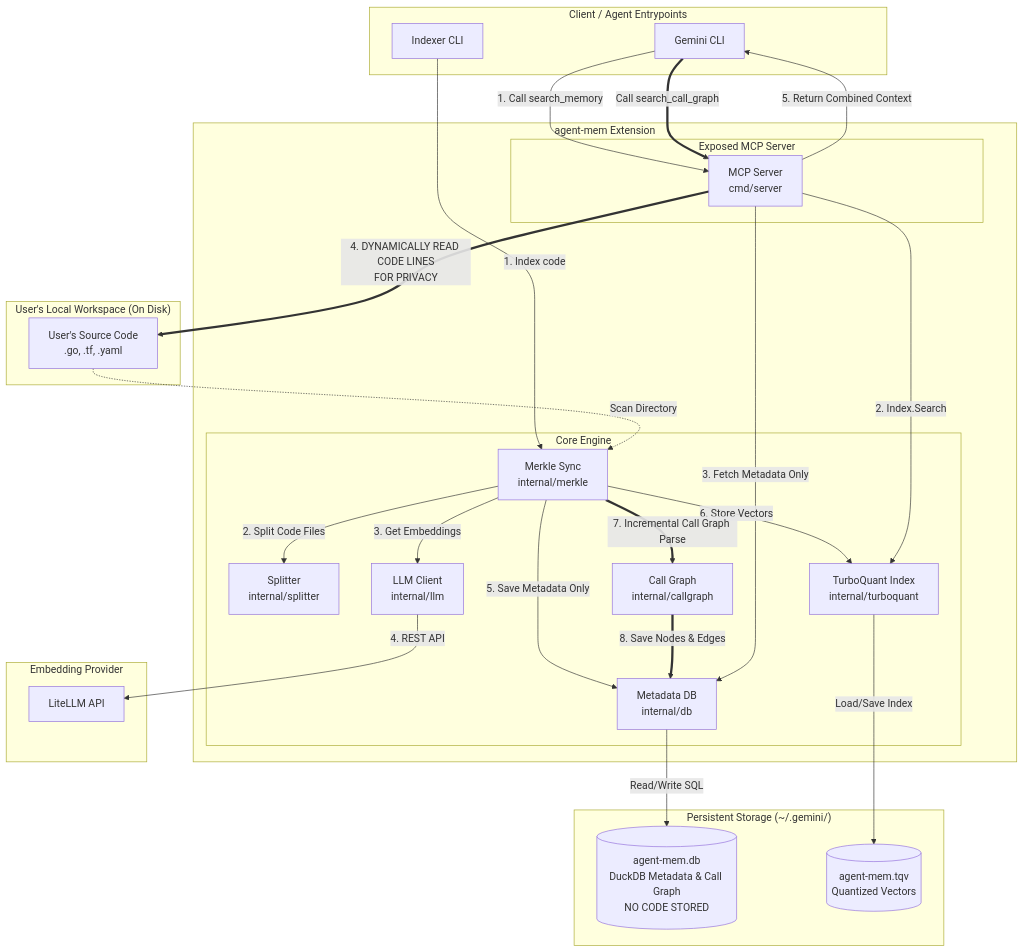
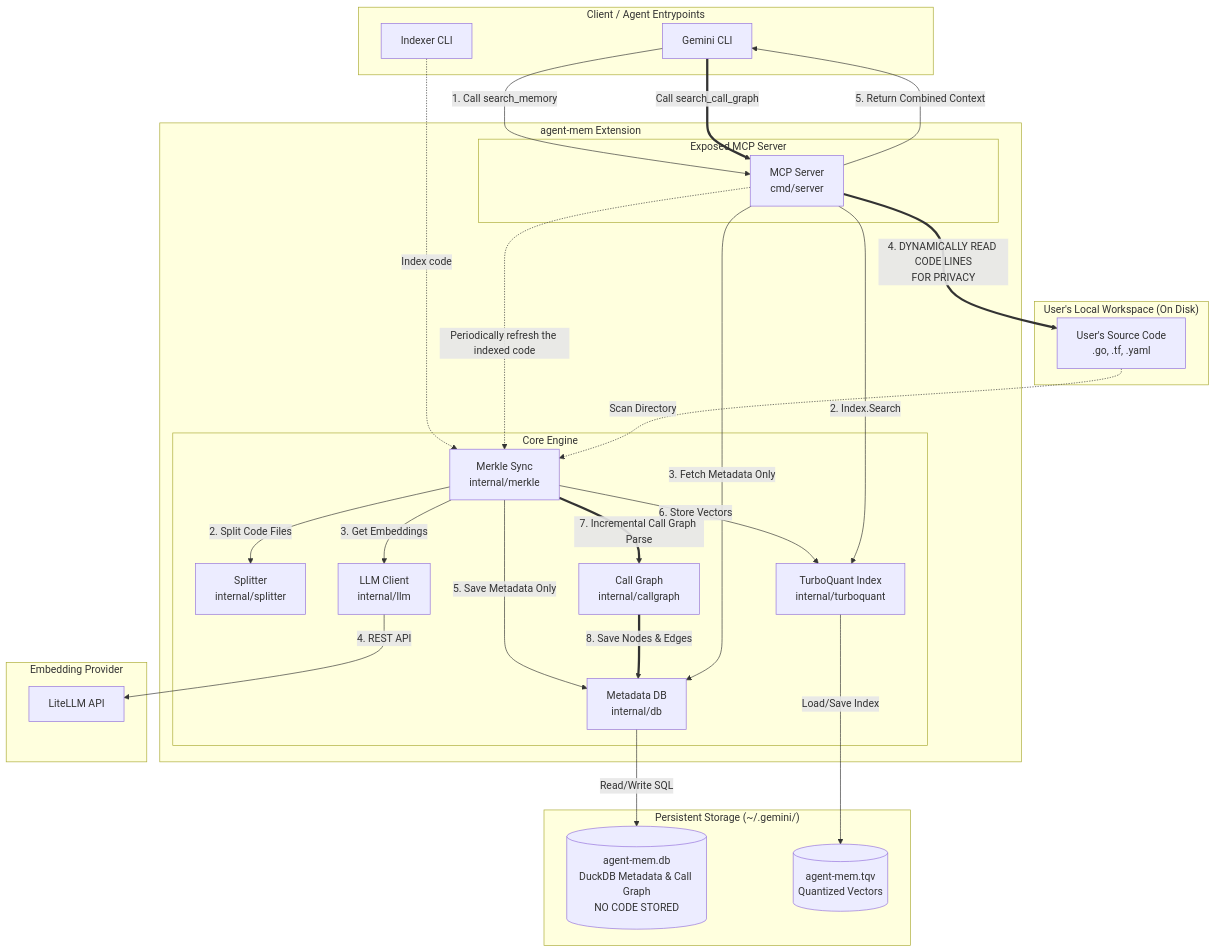
The diagram in README.md (datnguyenzzz/agent-context), drawn with Mermaid before and after one commit.

````diff
--- a/README.md
+++ b/README.md
@@ -55,63 +55,65 @@
 ```mermaid
 graph TD
     %% Entrypoints
     subgraph Client ["Client / Agent Entrypoints"]
         cli[Gemini CLI]
         idx_cli[Indexer CLI]
     end
 
     %% User's Environment
     subgraph Workspace ["User's Local Workspace (On Disk)"]
         code_files[User's Source Code<br/>.go, .tf, .yaml]
     end
 
     %% Extension
     subgraph Extension ["agent-mem Extension"]
         subgraph MCP ["Exposed MCP Server"]
             mcp_srv[MCP Server<br/>cmd/server]
         end
 
         subgraph Core ["Core Engine"]
             merkle[Merkle Sync<br/>internal/merkle]
             splitter[Splitter<br/>internal/splitter]
             llm[LLM Client<br/>internal/llm]
             db[Metadata DB<br/>internal/db]
             tq[TurboQuant Index<br/>internal/turboquant]
             callgraph[Call Graph<br/>internal/callgraph]
         end
     end
 
     %% Providers
     subgraph Provider ["Embedding Provider"]
         litellm[LiteLLM API]
     end
 
     %% Storage
     subgraph Storage ["Persistent Storage (~/.gemini/)"]
         duckdb_file[(agent-mem.db<br/>DuckDB Metadata & Call Graph<br/>NO CODE STORED)]
         tqv_file[(agent-mem.tqv<br/>Quantized Vectors)]
     end
 
     %% Indexing Flow
-    idx_cli -->|1. Index code| merkle
+    idx_cli -.->|Index code| merkle
+    mcp_srv -.->|Periodically refresh the indexed code| merkle
+    
     code_files -.->|Scan Directory| merkle
     merkle -->|2. Split Code Files| splitter
     merkle -->|3. Get Embeddings| llm
     llm -->|4. REST API| litellm
     merkle -->|5. Save Metadata Only| db
     merkle -->|6. Store Vectors| tq
     merkle ==>|7. Incremental Call Graph Parse| callgraph
     callgraph ==>|8. Save Nodes & Edges| db
 
     %% MCP Query Flow
     cli -->|1. Call search_memory| mcp_srv
     mcp_srv -->|2. Index.Search| tq
     mcp_srv -->|3. Fetch Metadata Only| db
     mcp_srv ==>|4. DYNAMICALLY READ CODE LINES<br/>FOR PRIVACY| code_files
     mcp_srv -->|5. Return Combined Context| cli
     cli ==>|Call search_call_graph| mcp_srv
 
     %% Persistence
     db -->|Read/Write SQL| duckdb_file
     tq -->|Load/Save Index| tqv_file
 ```
````
